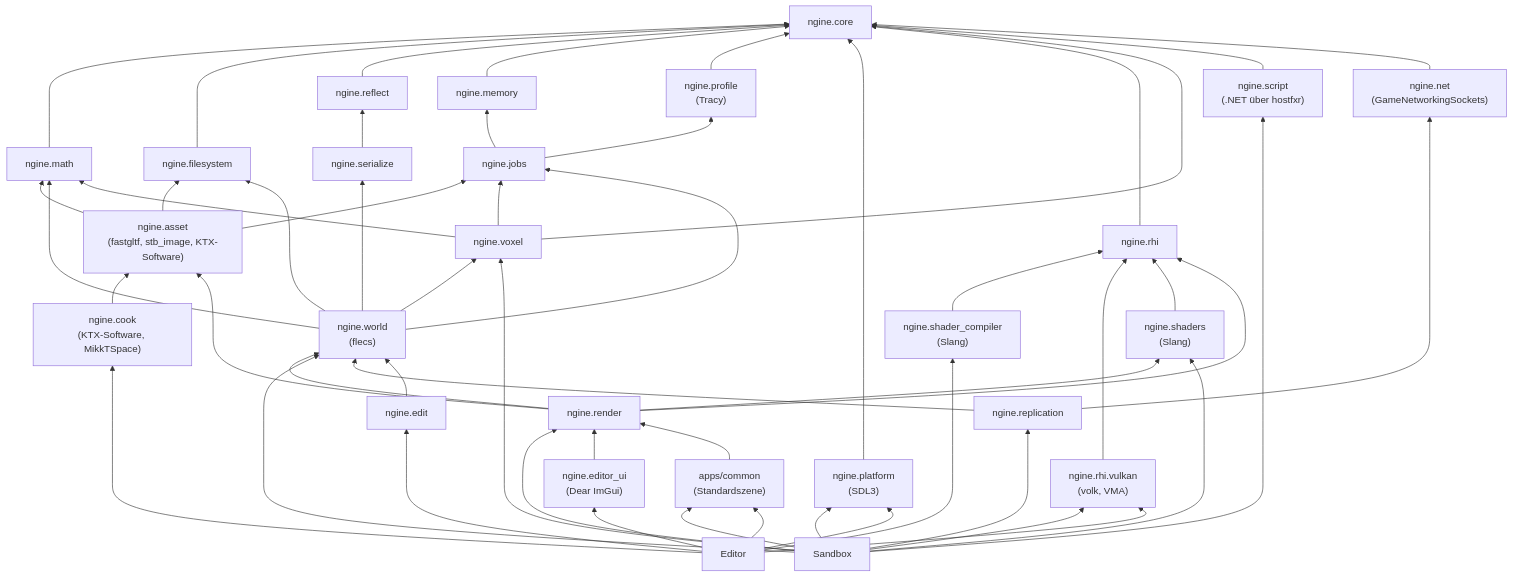
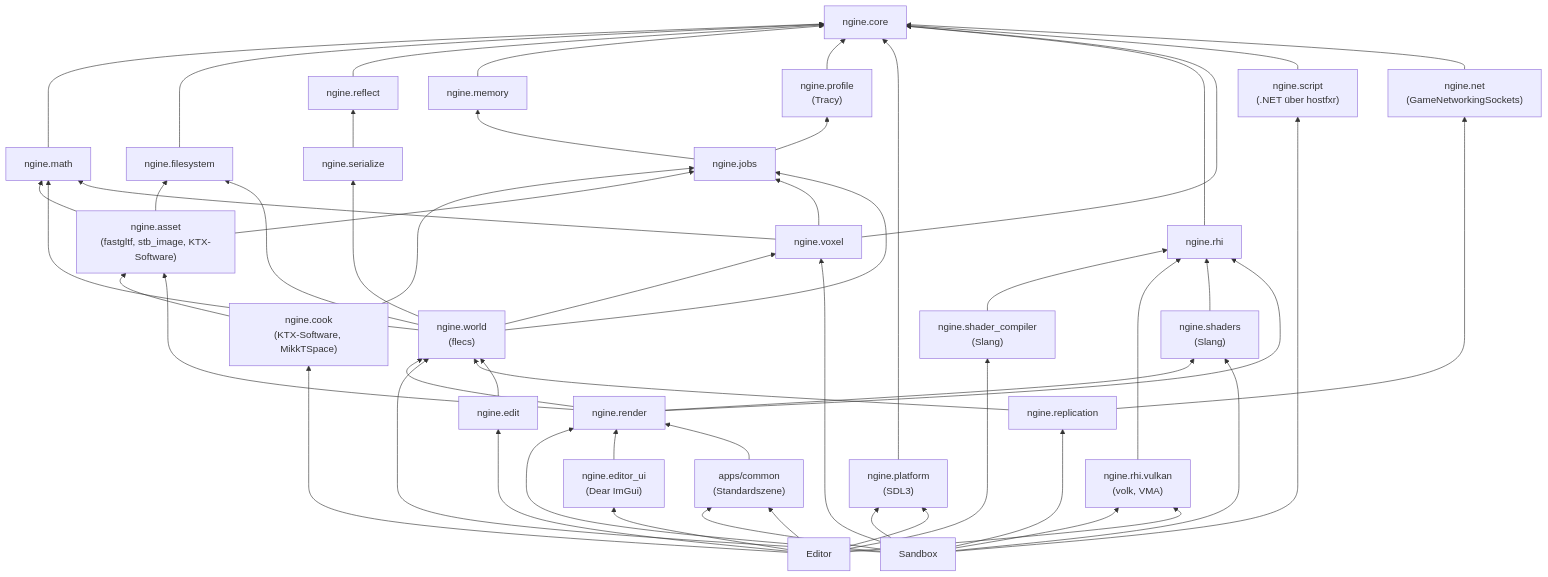
One commit to viiez/ngine changed the second of 16 diagrams in docs/architecture.md. Above: the diagram before and after it, drawn with Mermaid. The commit also changed other lines of this file and 39 other files, not shown here.

````diff
--- a/docs/architecture.md
+++ b/docs/architecture.md
@@ -55,81 +55,82 @@
 ```mermaid
 flowchart BT
     core["ngine.core"]
     memory["ngine.memory"]
     jobs["ngine.jobs"]
     profile["ngine.profile<br/>(Tracy)"]
     platform["ngine.platform<br/>(SDL3)"]
     rhi["ngine.rhi"]
     vulkan["ngine.rhi.vulkan<br/>(volk, VMA)"]
     shaders["ngine.shaders<br/>(Slang)"]
     fs["ngine.filesystem"]
     reflect["ngine.reflect"]
     serialize["ngine.serialize"]
     world["ngine.world<br/>(flecs)"]
     voxel["ngine.voxel"]
     script["ngine.script<br/>(.NET über hostfxr)"]
     net["ngine.net<br/>(GameNetworkingSockets)"]
     replication["ngine.replication"]
     sandbox["Sandbox"]
     editor["Editor"]
     common["apps/common<br/>(Standardszene)"]
     editor_ui["ngine.editor_ui<br/>(Dear ImGui)"]
     edit["ngine.edit"]
     math["ngine.math"]
     render["ngine.render"]
     asset["ngine.asset<br/>(fastgltf, stb_image, KTX-Software)"]
     cook["ngine.cook<br/>(KTX-Software, MikkTSpace)"]
     cook --> asset
+    cook --> jobs
     editor --> cook
     math --> core
     asset --> math
     asset --> fs
     asset --> jobs
     shader_compiler["ngine.shader_compiler<br/>(Slang)"]
     shader_compiler --> rhi
     editor --> shader_compiler
     render --> asset
     render --> world
     render --> shaders
     world --> math
     voxel --> math
     voxel --> jobs
     world --> voxel
     fs --> core
     reflect --> core
     serialize --> reflect
     world --> serialize
     world --> jobs
     world --> fs
     memory --> core
     jobs --> memory
     jobs --> profile
     profile --> core
     platform --> core
     rhi --> core
     vulkan --> rhi
     shaders --> rhi
     render --> rhi
     sandbox --> render
     sandbox --> platform
     sandbox --> vulkan
     sandbox --> shaders
     sandbox --> world
     voxel --> core
     sandbox --> voxel
     script --> core
     sandbox --> script
     net --> core
     replication --> net
     replication --> world
     sandbox --> replication
     editor_ui --> render
     sandbox --> common
     editor --> common
     common --> render
     editor --> editor_ui
     editor --> edit
     edit --> world
     editor --> platform
     editor --> vulkan
 ```
````
